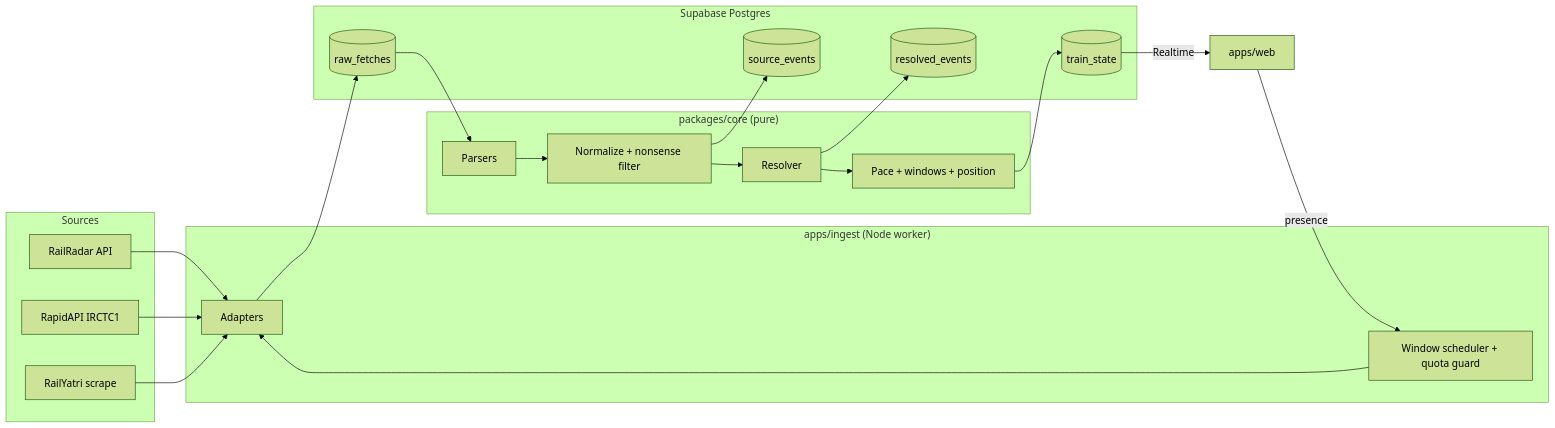
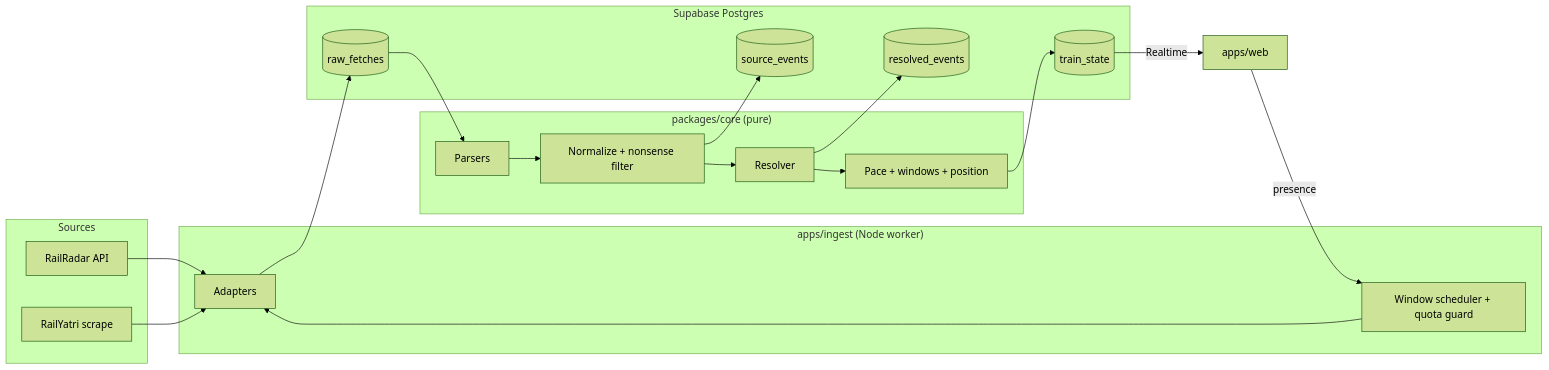
The diagram in train-tracker/docs/ARCHITECTURE.md (Christen1609/Indian-Railway-Tracker), drawn with Mermaid (forest theme) before and after one commit. The commit also changed other lines of this file and 5 other files, not shown here.

First line of the commit message:
docs(sources): drop RapidAPI IRCTC1, RailRadar is the only keyed source

````diff
--- a/train-tracker/docs/ARCHITECTURE.md
+++ b/train-tracker/docs/ARCHITECTURE.md
@@ -7,28 +7,27 @@
 ```mermaid
 flowchart LR
   subgraph Sources
     RR[RailRadar API]
-    RA[RapidAPI IRCTC1]
     SC[RailYatri scrape]
   end
   subgraph ingest["apps/ingest (Node worker)"]
     SCH[Window scheduler + quota guard] --> AD[Adapters]
   end
   subgraph core["packages/core (pure)"]
     PA[Parsers] --> NV[Normalize + nonsense filter] --> RS[Resolver] --> PW[Pace + windows + position]
   end
   subgraph db["Supabase Postgres"]
     RAW[(raw_fetches)]
     SE[(source_events)]
     RE[(resolved_events)]
     TS[(train_state)]
   end
-  RR & RA & SC --> AD
+  RR & SC --> AD
   AD --> RAW
   RAW --> PA
   NV --> SE
   RS --> RE
   PW --> TS
   TS -- Realtime --> WEB[apps/web]
   WEB -- presence --> SCH
 ```
````
